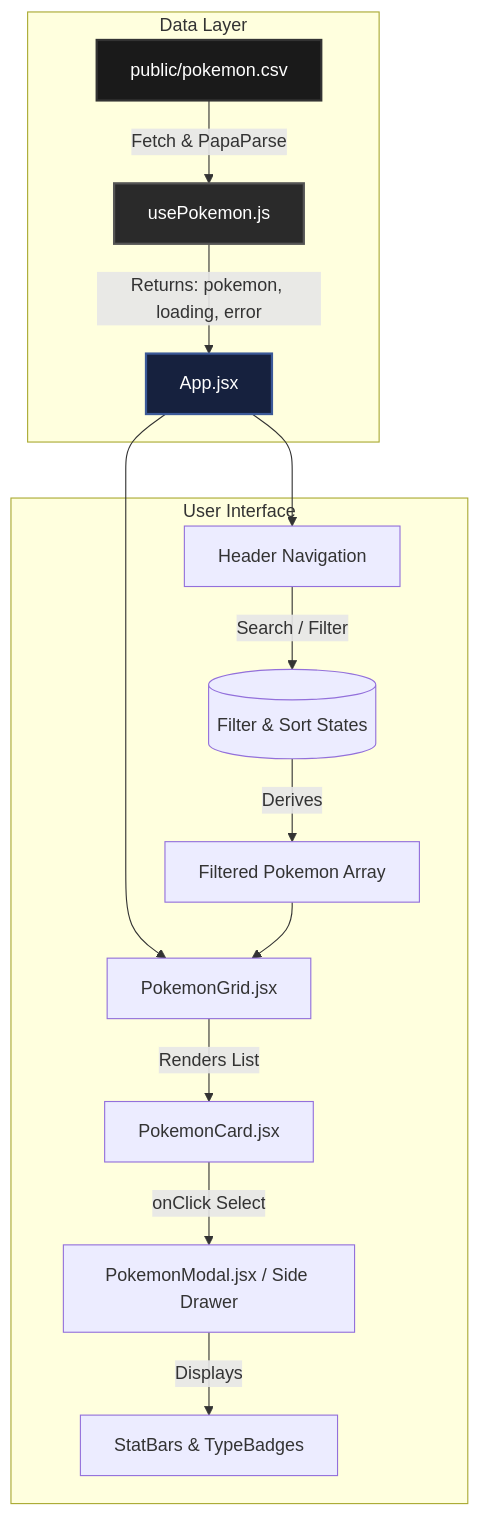
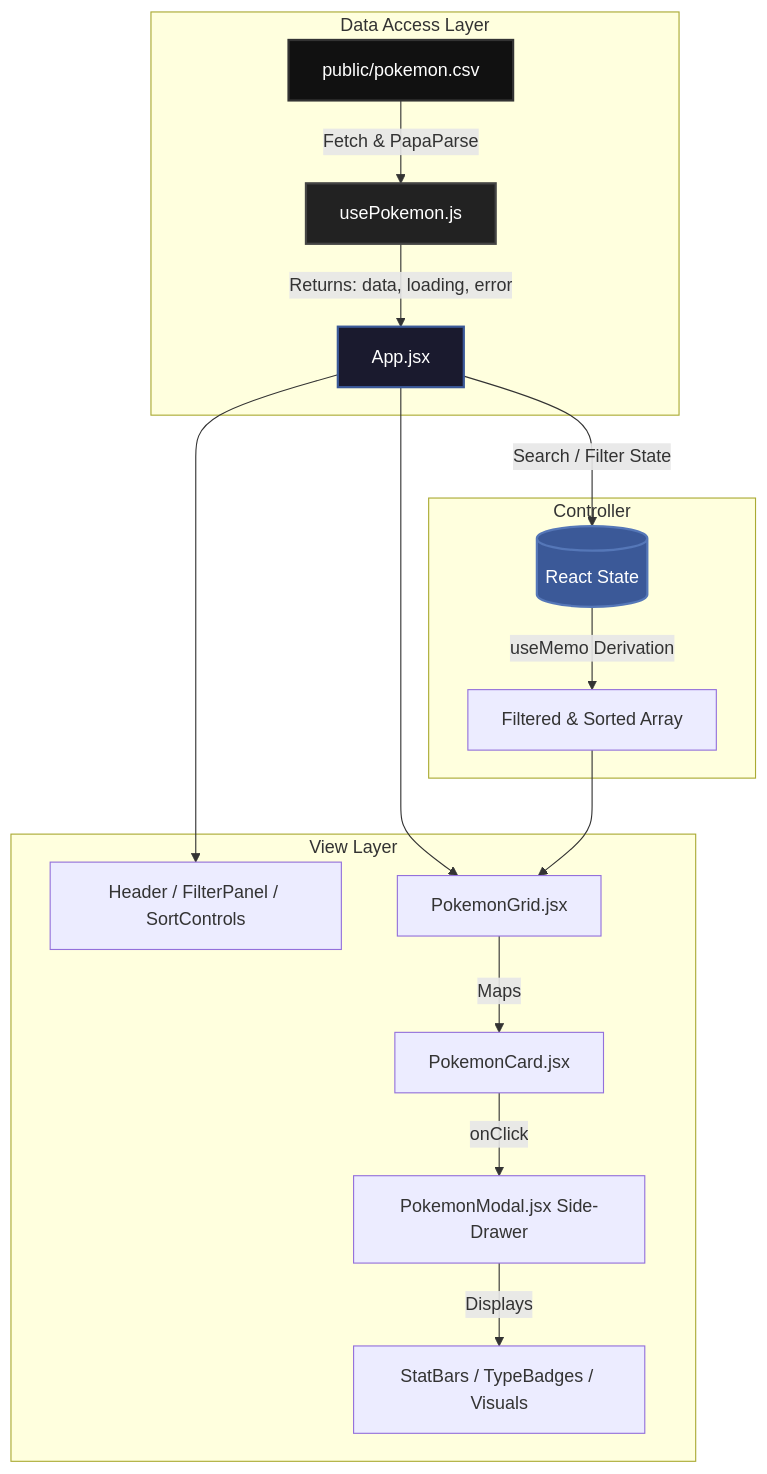
The diagram in README.md (abhrajyoti-01/Pokedex-App), drawn with Mermaid before and after one commit. The commit also changed other lines of this file, not shown here.

````diff
--- a/README.md
+++ b/README.md
@@ -21,24 +37,28 @@
 ```mermaid
 graph TD
-    subgraph Data Layer
+    subgraph Data Access Layer
         CSV[public/pokemon.csv] -->|Fetch & PapaParse| Hook[usePokemon.js]
-        Hook -->|Returns: pokemon, loading, error| AppNode[App.jsx]
+        Hook -->|Returns: data, loading, error| Orchestrator[App.jsx]
     end
 
-    subgraph User Interface
-        AppNode --> Header[Header Navigation]
-        Header -->|Search / Filter| FilterState[(Filter & Sort States)]
-        FilterState -->|Derives| FilteredData[Filtered Pokemon Array]
-        
-        AppNode --> Grid[PokemonGrid.jsx]
+    subgraph Controller
+        Orchestrator -->|Search / Filter State| States[(React State)]
+        States -->|useMemo Derivation| FilteredData[Filtered & Sorted Array]
+    end
+    
+    subgraph View Layer
+        Orchestrator --> Header[Header / FilterPanel / SortControls]
+        Orchestrator --> Grid[PokemonGrid.jsx]
         FilteredData --> Grid
         
-        Grid -->|Renders List| Card[PokemonCard.jsx]
-        Card -->|onClick Select| Modal[PokemonModal.jsx / Side Drawer]
-        Modal -->|Displays| Stats[StatBars & TypeBadges]
+        Grid -->|Maps| Card[PokemonCard.jsx]
+        Card -->|onClick| Drawer[PokemonModal.jsx Side-Drawer]
+        
+        Drawer -->|Displays| Viz[StatBars / TypeBadges / Visuals]
     end
     
-    style CSV fill:#1a1a1a,stroke:#333,stroke-width:2px,color:#fff
-    style Hook fill:#2a2a2a,stroke:#555,stroke-width:2px,color:#fff
-    style AppNode fill:#16213e,stroke:#3b5998,stroke-width:2px,color:#fff
+    style CSV fill:#111,stroke:#333,stroke-width:2px,color:#fff
+    style Hook fill:#222,stroke:#444,stroke-width:2px,color:#fff
+    style Orchestrator fill:#1a1a2e,stroke:#3b5998,stroke-width:2px,color:#fff
+    style States fill:#3b5998,stroke:#5577b8,stroke-width:2px,color:#fff
 ```
````
